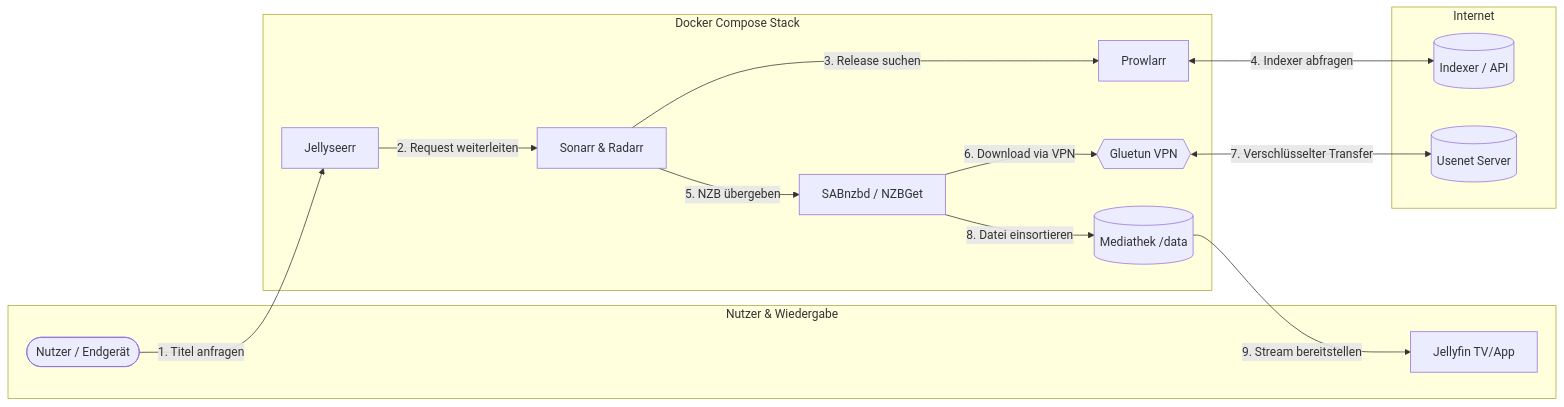
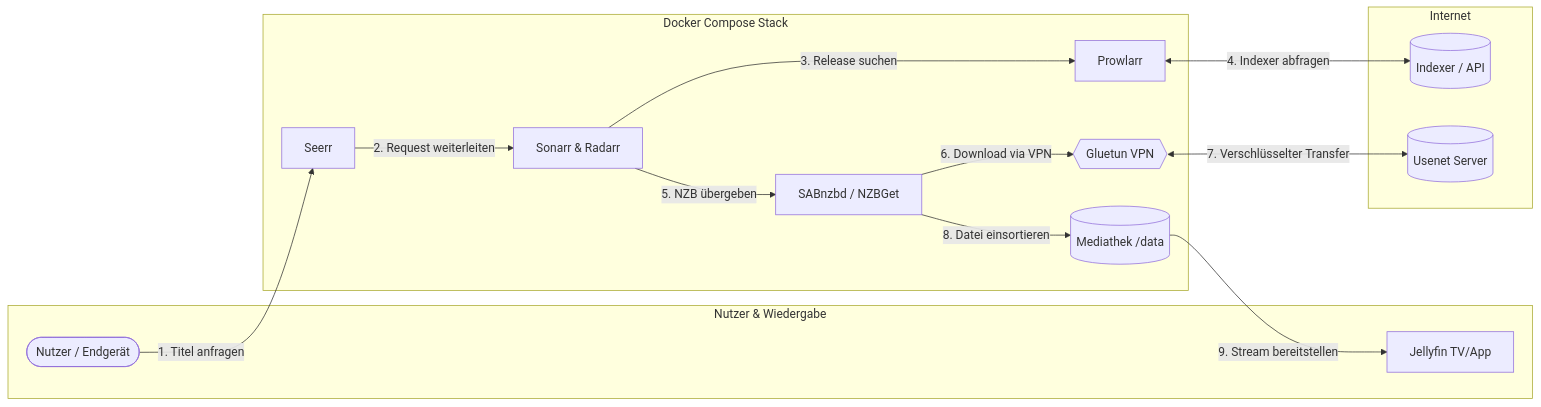
One commit to KAiSER086/Usenet-Kompass changed the diagram in README.md. Above: the diagram before and after it, drawn with Mermaid. The commit also changed other lines of this file and 5 other files, not shown here.

Commit message:
feat: migrate from Jellyseerr to unified Seerr container and docs

````diff
--- a/README.md
+++ b/README.md
@@ -42,31 +42,31 @@
 ```mermaid
 flowchart LR
     subgraph Clients ["Nutzer & Wiedergabe"]
         User([Nutzer / Endgerät])
         Jellyfin[Jellyfin TV/App]
     end
 
     subgraph Stack ["Docker Compose Stack"]
-        Jellyseerr[Jellyseerr]
+        Seerr[Seerr]
         Arrs[Sonarr & Radarr]
         Prowlarr[Prowlarr]
         Downloader[SABnzbd / NZBGet]
         Gluetun{{Gluetun VPN}}
         Media[(Mediathek /data)]
     end
 
     subgraph Web ["Internet"]
         Indexer[(Indexer / API)]
         Provider[(Usenet Server)]
     end
 
-    User -->|1. Titel anfragen| Jellyseerr
-    Jellyseerr -->|2. Request weiterleiten| Arrs
+    User -->|1. Titel anfragen| Seerr
+    Seerr -->|2. Request weiterleiten| Arrs
     Arrs -->|3. Release suchen| Prowlarr
     Prowlarr <-->|4. Indexer abfragen| Indexer
     Arrs -->|5. NZB übergeben| Downloader
     Downloader -->|6. Download via VPN| Gluetun
     Gluetun <-->|7. Verschlüsselter Transfer| Provider
     Downloader -->|8. Datei einsortieren| Media
     Media -->|9. Stream bereitstellen| Jellyfin
 ```
````
